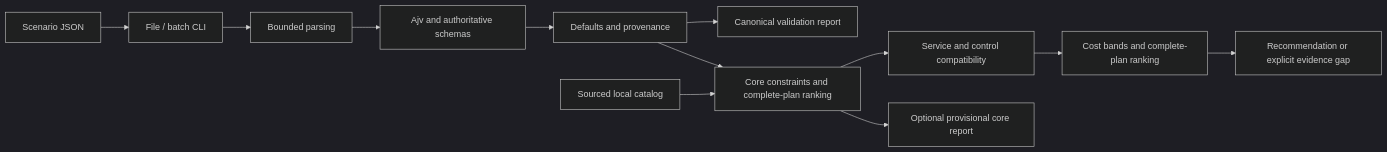
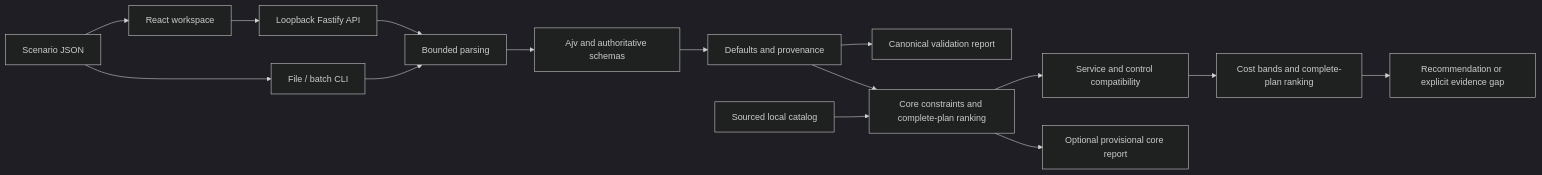
One commit to oki-dokii/StackSense changed the diagram in README.md. Above: the diagram before and after it, drawn with Mermaid (dark theme). The commit also changed other lines of this file and 80 other files, not shown here.

````diff
--- a/README.md
+++ b/README.md
@@ -110,14 +114,17 @@
 ```mermaid
 flowchart LR
   Input[Scenario JSON] --> CLI[File / batch CLI]
+  Input --> Web[React workspace]
+  Web --> API[Loopback Fastify API]
+  API --> Parse
   CLI --> Parse[Bounded parsing]
   Parse --> Contracts[Ajv and authoritative schemas]
   Contracts --> Normalize[Defaults and provenance]
   Normalize --> Report[Canonical validation report]
   Normalize --> Planner[Core constraints and complete-plan ranking]
   Catalog[Sourced local catalog] --> Planner
   Planner --> Services[Service and control compatibility]
   Services --> Costs[Cost bands and complete-plan ranking]
   Costs --> Output[Recommendation or explicit evidence gap]
   Planner --> Core[Optional provisional core report]
 ```
````
